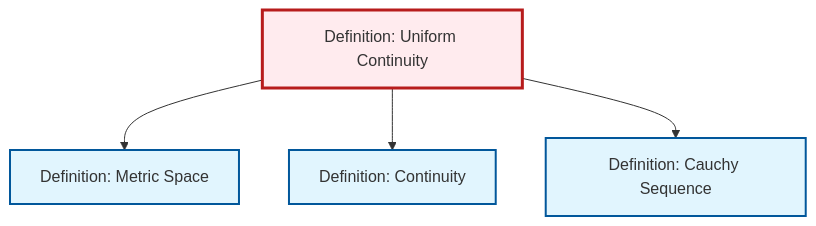
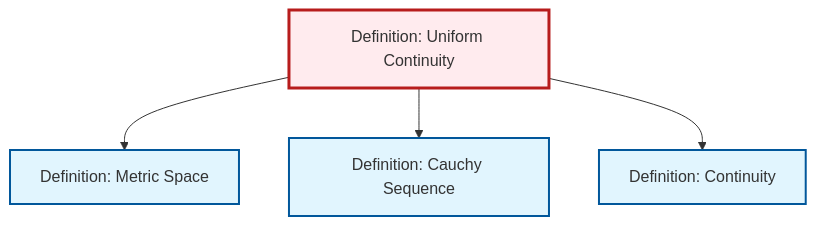
The diagram in content/en/analysis/def-uniform-continuity.qmd (RK0429/ModernMath), drawn with Mermaid before and after one commit. The commit also changed other lines of this file and 554 other files, not shown here.

````diff
--- a/content/en/analysis/def-uniform-continuity.qmd
+++ b/content/en/analysis/def-uniform-continuity.qmd
@@ -69,20 +69,20 @@
 ```{mermaid}
 %%| fig-cap: "Local dependency graph"
 graph TD
     classDef definition fill:#e1f5fe,stroke:#01579b,stroke-width:2px
     classDef theorem fill:#f3e5f5,stroke:#4a148c,stroke-width:2px
     classDef axiom fill:#fff3e0,stroke:#e65100,stroke-width:2px
     classDef example fill:#e8f5e9,stroke:#1b5e20,stroke-width:2px
     classDef current fill:#ffebee,stroke:#b71c1c,stroke-width:3px
+    def-cauchy-sequence["Definition: Cauchy Sequence"]:::definition
+    def-continuity["Definition: Continuity"]:::definition
+    def-metric-space["Definition: Metric Space"]:::definition
     def-uniform-continuity["Definition: Uniform Continuity"]:::definition
-    def-continuity["Definition: Continuity"]:::definition
-    def-cauchy-sequence["Definition: Cauchy Sequence"]:::definition
-    def-metric-space["Definition: Metric Space"]:::definition
     def-uniform-continuity --> def-metric-space
+    def-uniform-continuity --> def-cauchy-sequence
     def-uniform-continuity --> def-continuity
-    def-uniform-continuity --> def-cauchy-sequence
     class def-uniform-continuity current
+    click def-cauchy-sequence "def-cauchy-sequence.html" "Go to Cauchy Sequence definition"
     click def-continuity "def-continuity.html" "Go to Continuity definition"
-    click def-cauchy-sequence "def-cauchy-sequence.html" "Go to Cauchy Sequence definition"
     click def-metric-space "def-metric-space.html" "Go to Metric Space definition"
 ```
````
